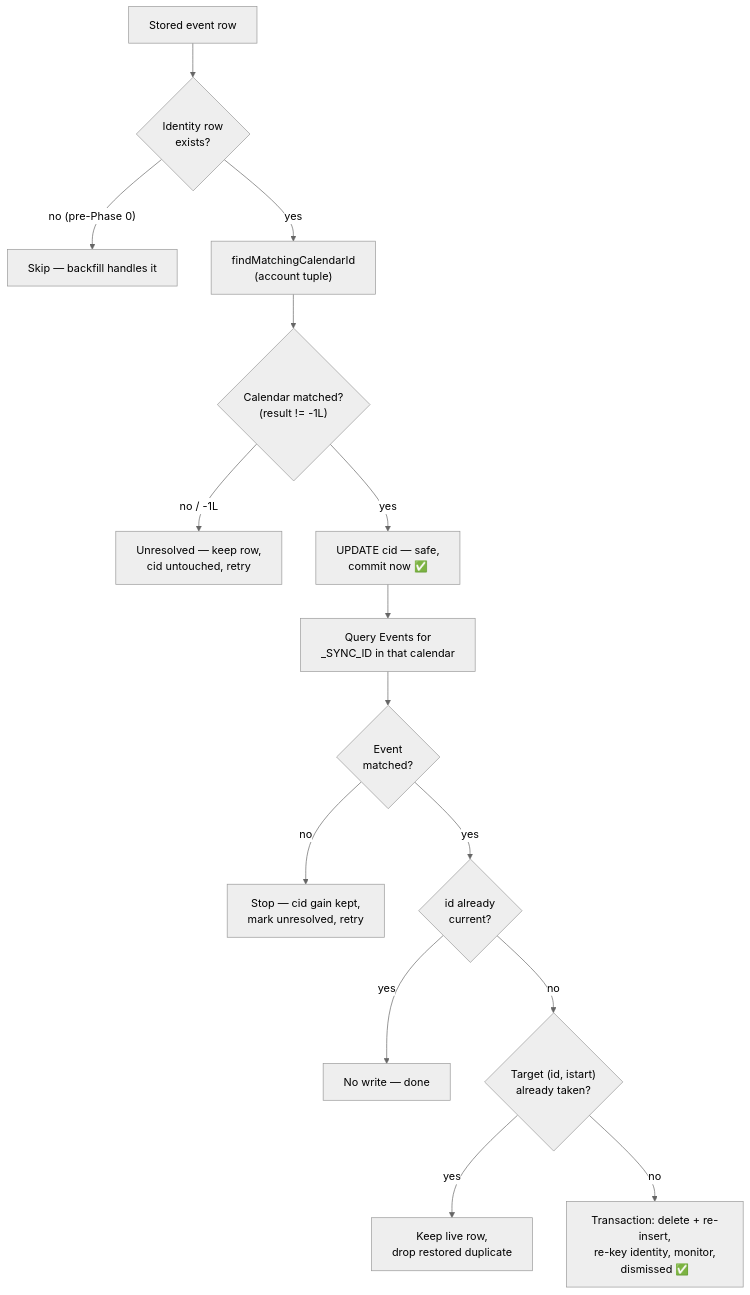
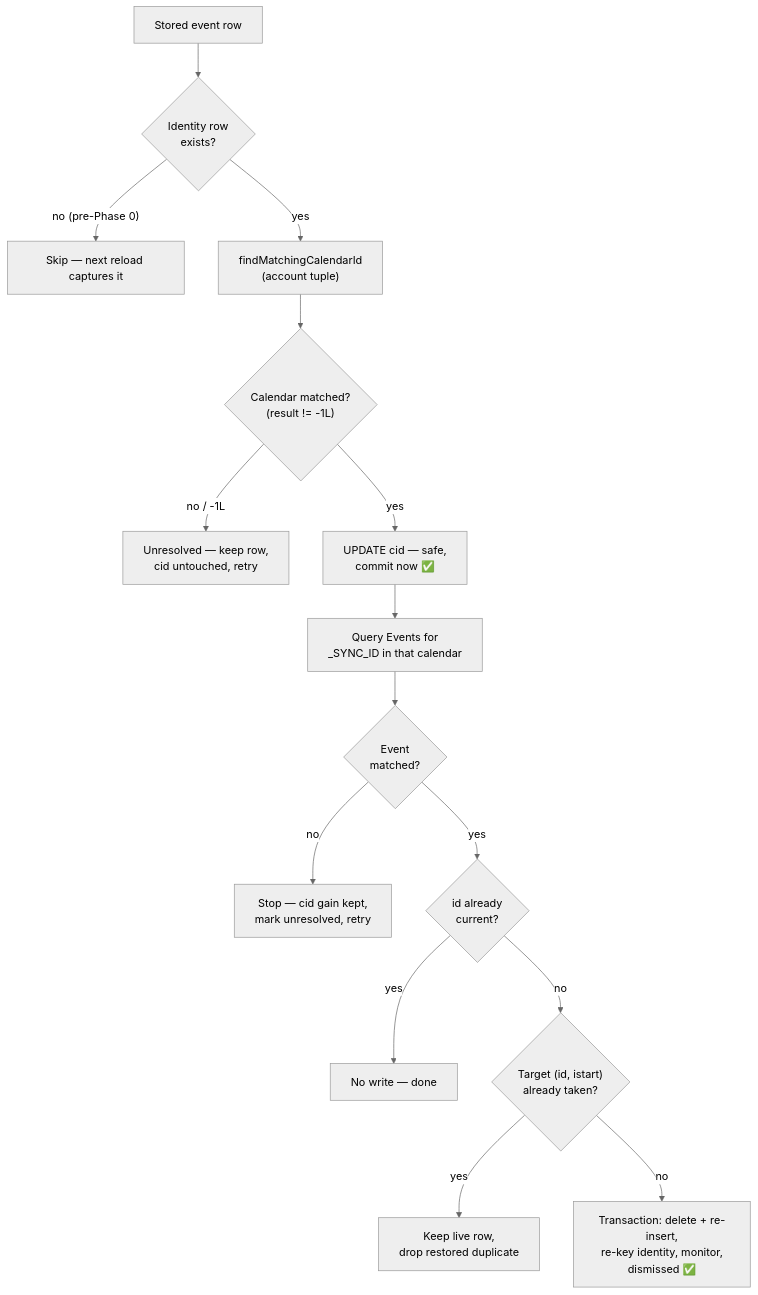
The third of 3 diagrams in docs/dev_todo/portable_event_identity.md (williscool/CalendarNotification), drawn with Mermaid (neutral theme) before and after one commit. The commit also changed other lines of this file and 3 other files, not shown here.

First line of the commit message:
feat: capture portable event identity during calendar reload (Phase 0c) (#279)

````diff
--- a/docs/dev_todo/portable_event_identity.md
+++ b/docs/dev_todo/portable_event_identity.md
@@ -377,21 +377,21 @@
 ```mermaid
 flowchart TD
     A["Stored event row"] --> B{"Identity row<br/>exists?"}
-    B -->|"no (pre-Phase 0)"| Z["Skip — backfill handles it"]
+    B -->|"no (pre-Phase 0)"| Z["Skip — next reload captures it"]
     B -->|yes| C["findMatchingCalendarId<br/>(account tuple)"]
 
     C --> D{"Calendar matched?<br/>(result != -1L)"}
     D -->|"no / -1L"| Y["Unresolved — keep row,<br/>cid untouched, retry"]
     D -->|yes| S["UPDATE cid — safe,<br/>commit now ✅"]
 
     S --> E["Query Events for<br/>_SYNC_ID in that calendar"]
     E --> F{"Event<br/>matched?"}
     F -->|no| X["Stop — cid gain kept,<br/>mark unresolved, retry"]
     F -->|yes| G{"id already<br/>current?"}
 
     G -->|yes| W["No write — done"]
     G -->|no| H{"Target (id, istart)<br/>already taken?"}
 
     H -->|yes| V["Keep live row,<br/>drop restored duplicate"]
     H -->|no| U["Transaction: delete + re-insert,<br/>re-key identity, monitor,<br/>dismissed ✅"]
 ```
````
